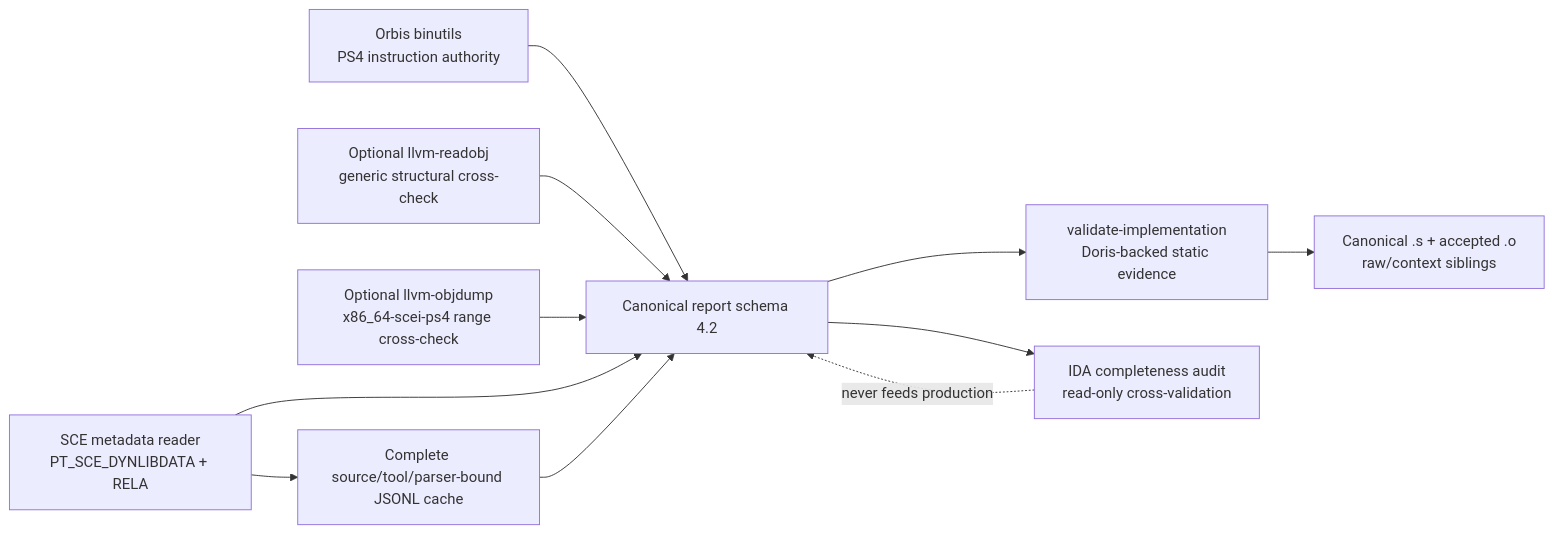
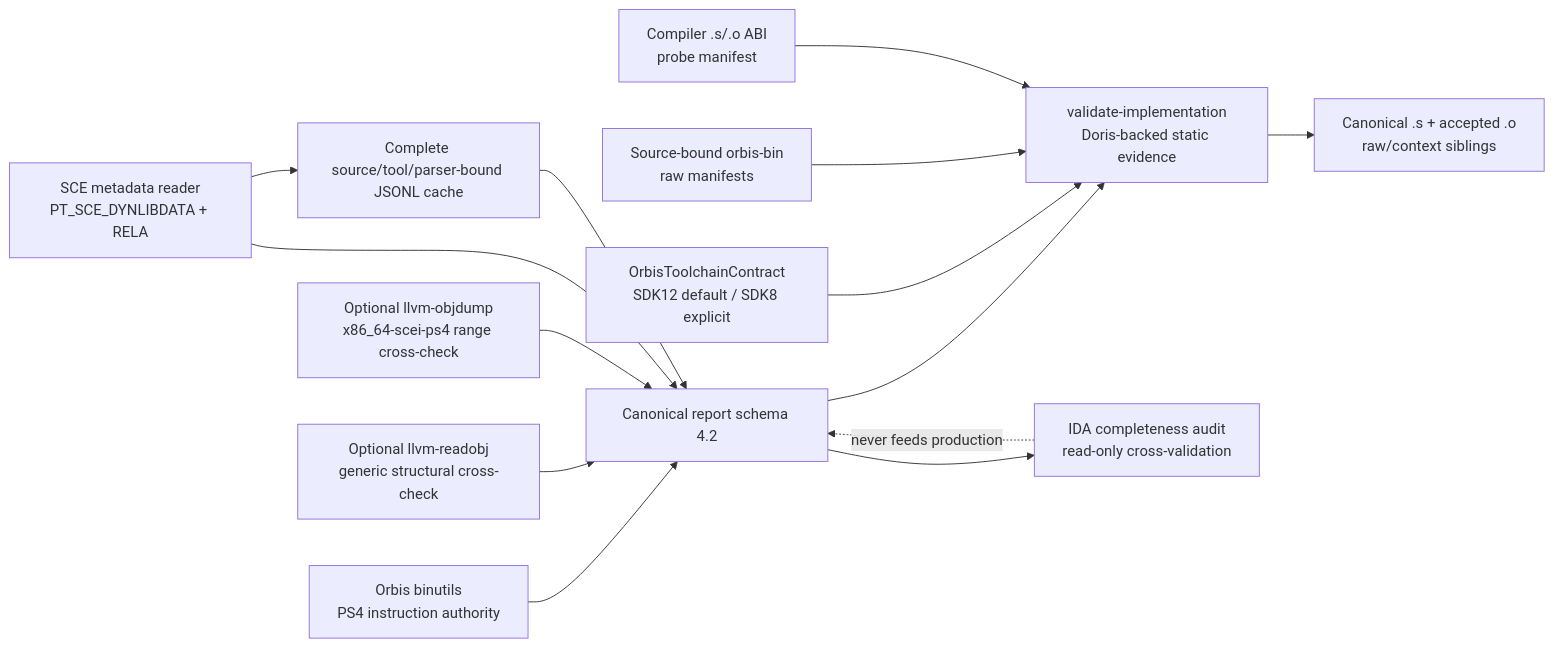
One commit to ddon-research/ddon-dwarf-reconstructor changed the fourth of 4 diagrams in docs/explanation/architecture/runtime.md. Above: the diagram before and after it, drawn with Mermaid. The commit also changed other lines of this file and 314 other files, not shown here.

````diff
--- a/docs/explanation/architecture/runtime.md
+++ b/docs/explanation/architecture/runtime.md
@@ -75,13 +75,16 @@
 ```mermaid
 flowchart LR
     Orbis["Orbis binutils\nPS4 instruction authority"] --> Report["Canonical report schema 4.2"]
     LLVM["Optional llvm-readobj\ngeneric structural cross-check"] --> Report
     LLVMObjdump["Optional llvm-objdump\nx86_64-scei-ps4 range cross-check"] --> Report
     SCE["SCE metadata reader\nPT_SCE_DYNLIBDATA + RELA"] --> Report
     SCE --> Cache["Complete source/tool/parser-bound JSONL cache"]
     Cache --> Report
     Report --> Validate["validate-implementation\nDoris-backed static evidence"]
     Validate --> Objects["Canonical .s + accepted .o\nraw/context siblings"]
+    Contract["OrbisToolchainContract\nSDK12 default / SDK8 explicit"] --> Validate
+    Exports["Source-bound orbis-bin\nraw manifests"] --> Validate
+    Probes["Compiler .s/.o ABI\nprobe manifest"] --> Validate
     Report --> Audit["IDA completeness audit\nread-only cross-validation"]
     Audit -. never feeds production .-> Report
 ```
````
